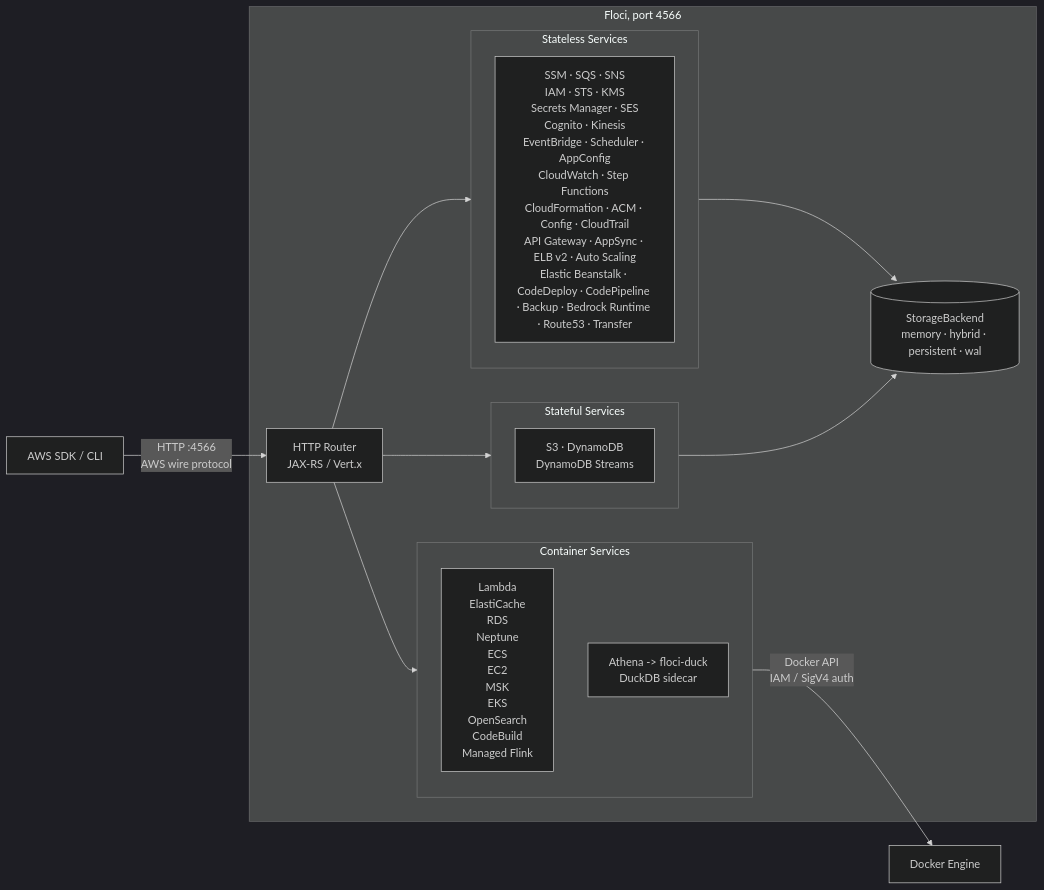
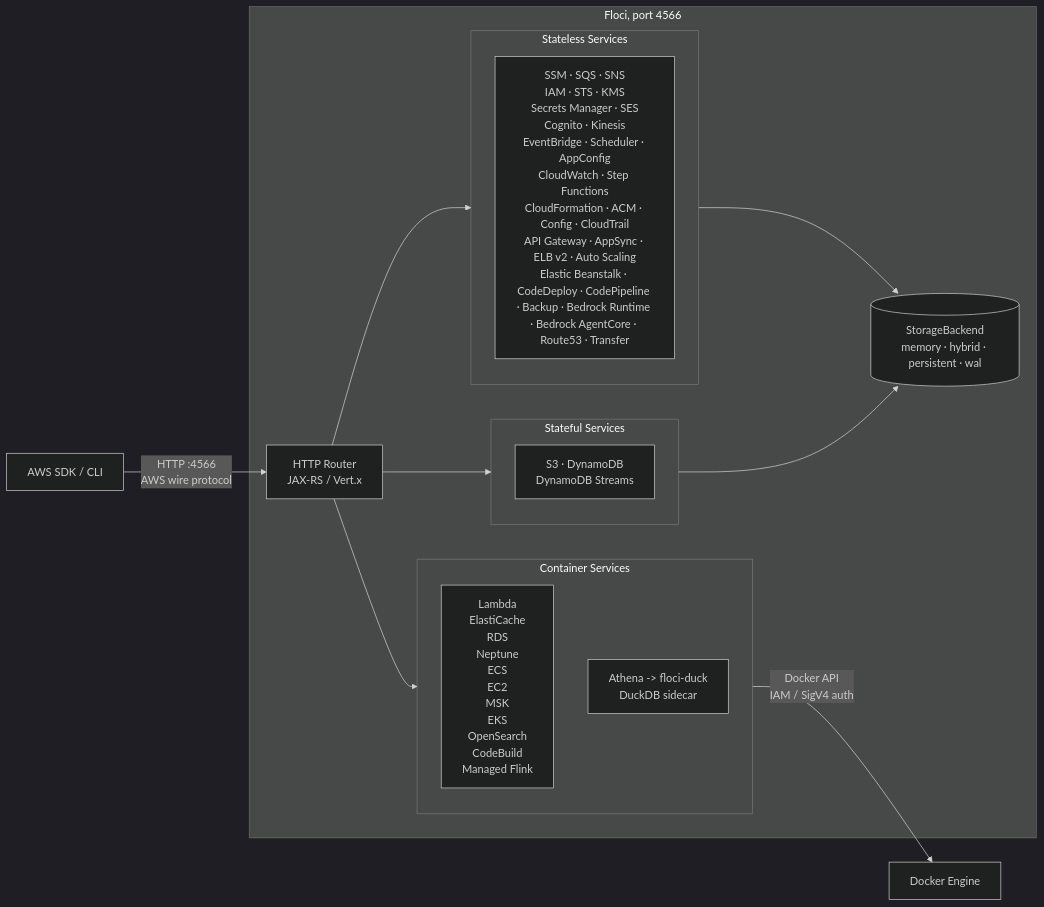
Before and after one commit to floci-io/floci: the diagram in README.md, drawn with Mermaid (dark theme). The commit also changed other lines of this file and 2 other files, not shown here.

Commit message:
docs(bedrockagentcore): register AgentCore in the service matrix, env-var reference, and README

````diff
--- a/README.md
+++ b/README.md
@@ -185,30 +185,30 @@
 ```mermaid
 flowchart LR
     Client["AWS SDK / CLI"]
 
     subgraph Floci ["Floci, port 4566"]
         Router["HTTP Router\nJAX-RS / Vert.x"]
 
         subgraph Stateless ["Stateless Services"]
-            A["SSM · SQS · SNS\nIAM · STS · KMS\nSecrets Manager · SES\nCognito · Kinesis\nEventBridge · Scheduler · AppConfig\nCloudWatch · Step Functions\nCloudFormation · ACM · Config · CloudTrail\nAPI Gateway · AppSync · ELB v2 · Auto Scaling\nElastic Beanstalk · CodeDeploy · CodePipeline · Backup · Bedrock Runtime · Route53 · Transfer"]
+            A["SSM · SQS · SNS\nIAM · STS · KMS\nSecrets Manager · SES\nCognito · Kinesis\nEventBridge · Scheduler · AppConfig\nCloudWatch · Step Functions\nCloudFormation · ACM · Config · CloudTrail\nAPI Gateway · AppSync · ELB v2 · Auto Scaling\nElastic Beanstalk · CodeDeploy · CodePipeline · Backup · Bedrock Runtime · Bedrock AgentCore · Route53 · Transfer"]
         end
 
         subgraph Stateful ["Stateful Services"]
             B["S3 · DynamoDB\nDynamoDB Streams"]
         end
 
         subgraph Containers ["Container Services"]
             C["Lambda\nElastiCache\nRDS\nNeptune\nECS\nEC2\nMSK\nEKS\nOpenSearch\nCodeBuild\nManaged Flink"]
             D["Athena -> floci-duck\nDuckDB sidecar"]
         end
 
         Router --> Stateless
         Router --> Stateful
         Router --> Containers
         Stateless & Stateful --> Store[("StorageBackend\nmemory · hybrid · persistent · wal")]
     end
 
     Docker["Docker Engine"]
     Client -->|"HTTP :4566\nAWS wire protocol"| Router
     Containers -->|"Docker API\nIAM / SigV4 auth"| Docker
 ```
````
